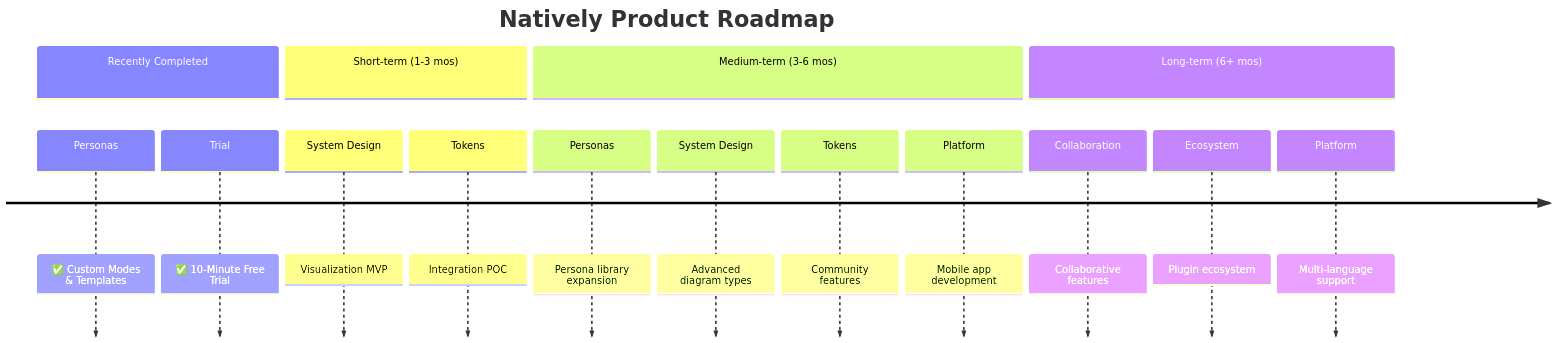
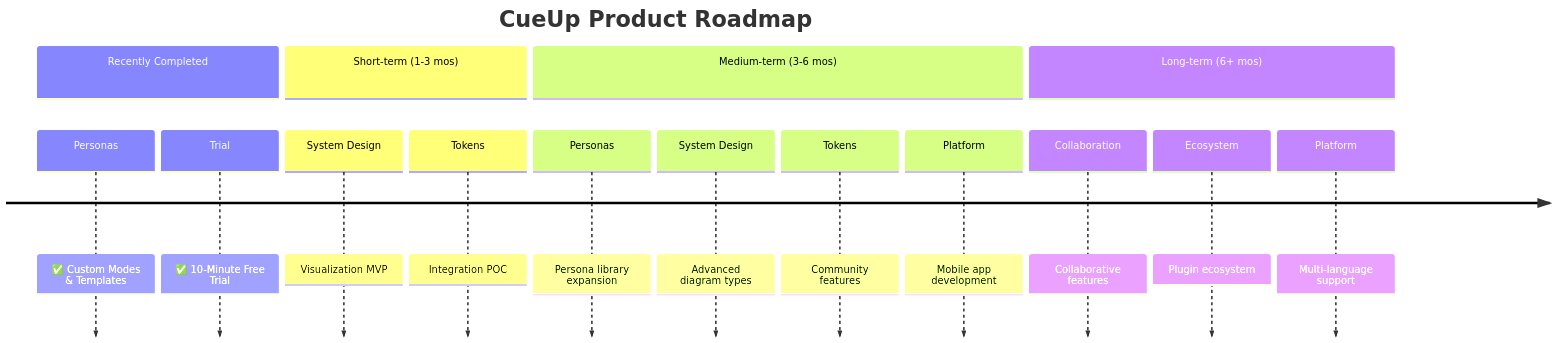
Before and after one commit to tang9-c/natively-cluely-ai-assistant: the diagram in README.md, drawn with Mermaid. The commit also changed other lines of this file and 38 other files, not shown here.

First line of the commit message:
chore(branding): migrate Natively to CueUp in UI and help docs

````diff
--- a/README.md
+++ b/README.md
@@ -756,19 +756,19 @@
 ```mermaid
 timeline
-    title Natively Product Roadmap
+    title CueUp Product Roadmap
     section Recently Completed
         Personas : ✅ Custom Modes & Templates
         Trial : ✅ 10-Minute Free Trial
     section Short-term (1-3 mos)
         System Design : Visualization MVP
         Tokens : Integration POC
     section Medium-term (3-6 mos)
         Personas : Persona library expansion
         System Design : Advanced diagram types
         Tokens : Community features
         Platform : Mobile app development
     section Long-term (6+ mos)
         Collaboration : Collaborative features
         Ecosystem : Plugin ecosystem
         Platform : Multi-language support
 ```
````
